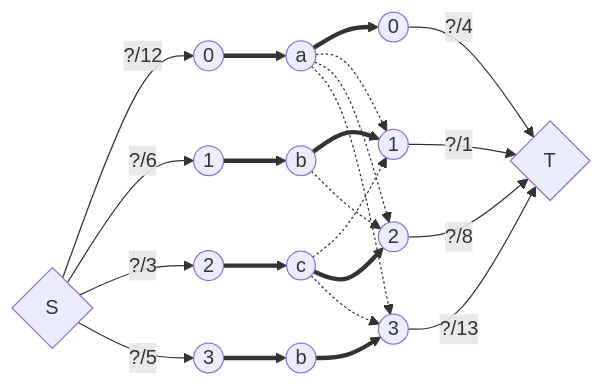
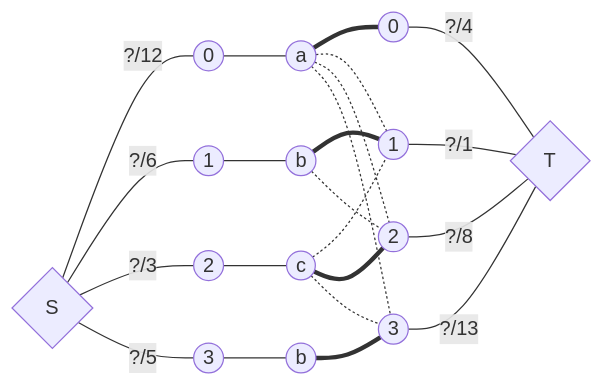
One commit to bfeitknecht/vault changed the second of 2 diagrams in vault/sem2/AuW/UE/cx/bf/cx09-bf.md. Above: the diagram before and after it, drawn with Mermaid.

Commit message:
vault backup: 2024-05-19 13:53:30 from MacBook Pro (echo)
Affected files:
vault/sem2/AuW/UE/cx/bf/cx09-bf.md

````diff
--- a/vault/sem2/AuW/UE/cx/bf/cx09-bf.md
+++ b/vault/sem2/AuW/UE/cx/bf/cx09-bf.md
@@ -24,52 +24,52 @@
 ```mermaid
 flowchart LR
 
 idF{"S"}
 idT{"T"}
 
 %% from
 idf0((0))
 idf1((1))
 idf2((2))
 idf3((3))
 
 %% to
 idt0((0))
 idt1((1))
 idt2((2))
 idt3((3))
   
 
 %% variety
 id0a((a))
 id1b((b))
 id2c((c))
 id3b((b))
   
 
 %%%%%%%%%%%%%%%%%%%%%%%%%%%%%%%%%%%%%%%%%%%%
 
 
-idF -->|"?/12"| idf0
-idF -->|"?/6"| idf1
-idF -->|"?/3"| idf2
-idF -->|"?/5"| idf3
+idF ---|"?/12"| idf0
+idF ---|"?/6"| idf1
+idF ---|"?/3"| idf2
+idF ---|"?/5"| idf3
 
-idt0 -->|"?/4"| idT
-idt1 -->|"?/1"| idT
-idt2 -->|"?/8"| idT
-idt3 -->|"?/13"| idT
+idt0 ---|"?/4"| idT
+idt1 ---|"?/1"| idT
+idt2 ---|"?/8"| idT
+idt3 ---|"?/13"| idT
 
-idf0 ==> id0a ==> idt0
-id0a -.-> idt1
-idf1 ==> id1b ==> idt1
-id2c -.-> idt1
+idf0 --- id0a === idt0
+id0a -.- idt1
+idf1 --- id1b === idt1
+id2c -.- idt1
 
-id0a -.-> idt2
-id1b -.-> idt2
-idf2 ==> id2c ==> idt2
+id0a -.- idt2
+id1b -.- idt2
+idf2 --- id2c === idt2
 
-id0a -.-> idt3
-idf3 ==> id3b ==> idt3
-id2c -.-> idt3
+id0a -.- idt3
+idf3 --- id3b === idt3
+id2c -.- idt3
 ```
````
